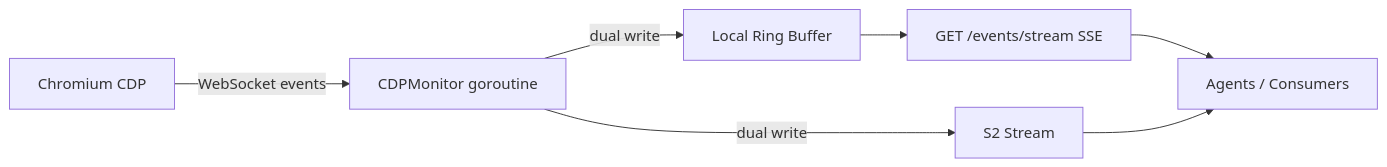
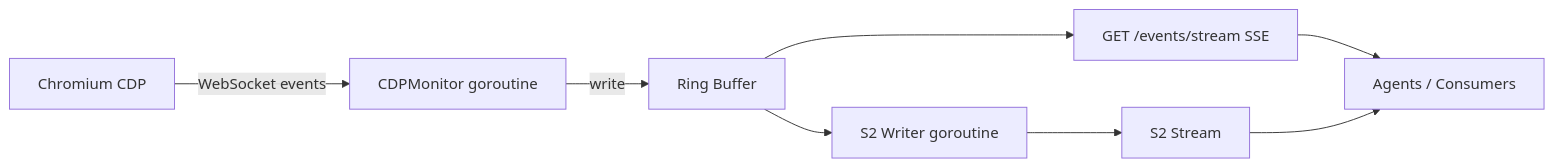
One commit to kernel/kernel-images changed the diagram in .cursor/plans/2026-02-05-events.md. Above: the diagram before and after it, drawn with Mermaid. The commit also changed other lines of this file, not shown here.

First line of the commit message:
address review feedback: seq field, cdp_session_id, ring buffer architecture, failure tests

````diff
--- a/.cursor/plans/2026-02-05-events.md
+++ b/.cursor/plans/2026-02-05-events.md
@@ -20,16 +20,18 @@
 ```mermaid
 flowchart LR
     Chrome[Chromium CDP]
     Monitor[CDPMonitor goroutine]
-    LocalBuf[Local Ring Buffer]
+    RingBuf[Ring Buffer]
+    S2Writer[S2 Writer goroutine]
+    SSE["GET /events/stream SSE"]
     S2Stream[S2 Stream]
-    SSE["GET /events/stream SSE"]
     Agents[Agents / Consumers]
 
     Chrome -->|"WebSocket events"| Monitor
-    Monitor -->|"dual write"| LocalBuf
-    Monitor -->|"dual write"| S2Stream
-    LocalBuf --> SSE
+    Monitor -->|"write"| RingBuf
+    RingBuf --> SSE
+    RingBuf --> S2Writer
+    S2Writer --> S2Stream
     SSE --> Agents
     S2Stream --> Agents
 ```
````
